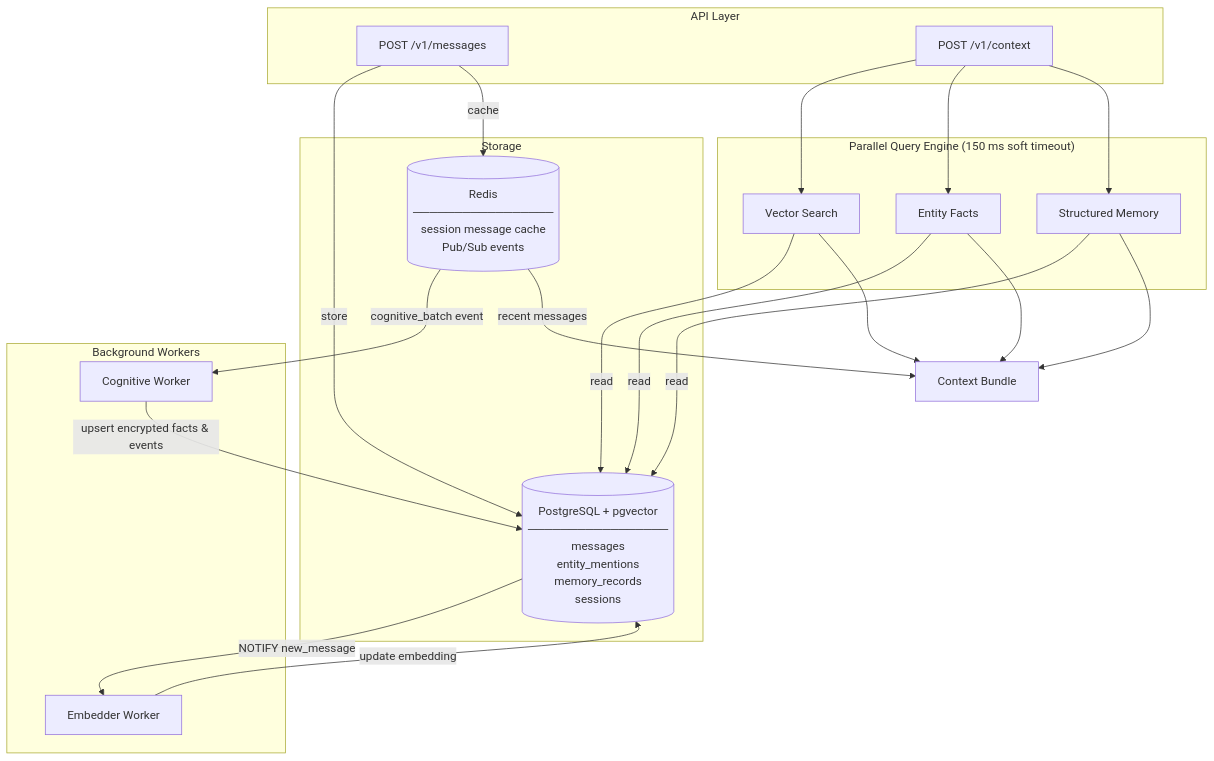
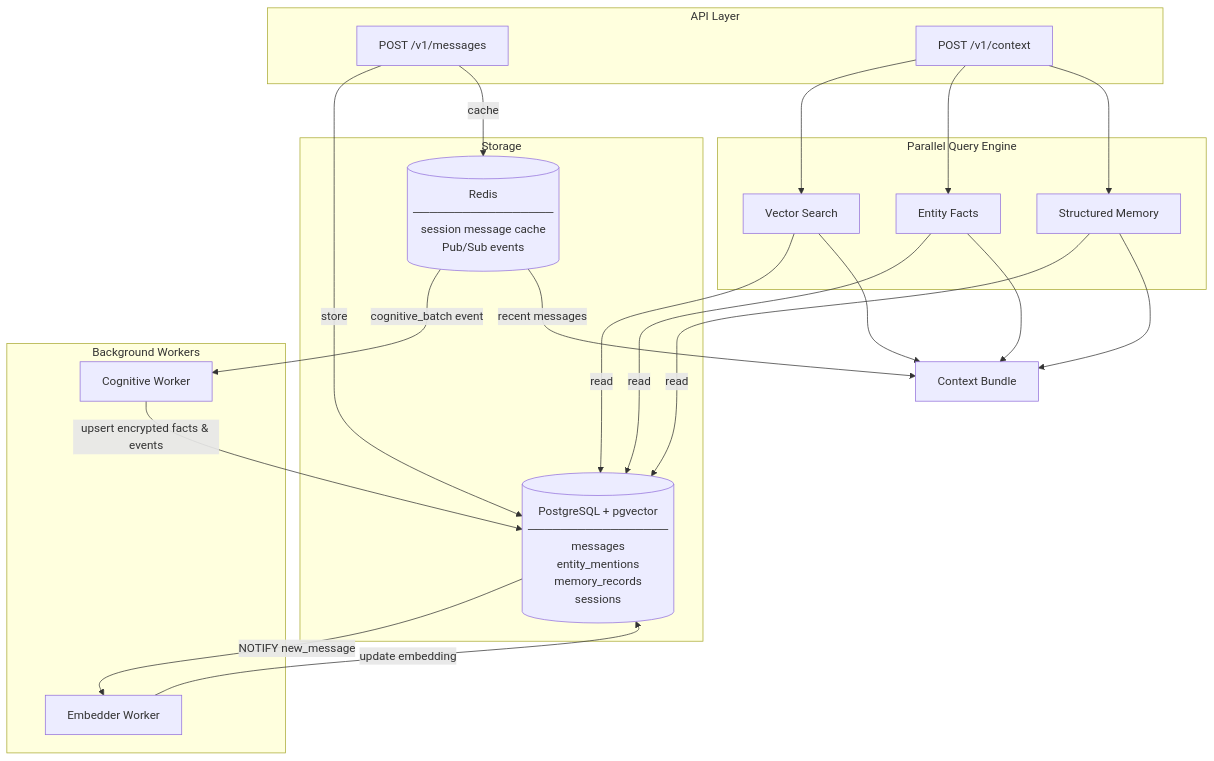
The first of 3 diagrams in README.md (ngoctuhan/Cortexa), drawn with Mermaid before and after one commit. The commit also changed other lines of this file, not shown here.

````diff
--- a/README.md
+++ b/README.md
@@ -47,37 +46,37 @@
 ```mermaid
 graph TB
     subgraph API["API Layer"]
         EP1["POST /v1/messages"]
         EP2["POST /v1/context"]
     end
 
     subgraph Storage["Storage"]
         PG[("PostgreSQL + pgvector\n─────────────────\nmessages\nentity_mentions\nmemory_records\nsessions")]
         RD[("Redis\n─────────────────\nsession message cache\nPub/Sub events")]
     end
 
     subgraph Workers["Background Workers"]
         EMB["Embedder Worker"]
         COG["Cognitive Worker"]
     end
 
-    subgraph Retrieval["Parallel Query Engine  (150 ms soft timeout)"]
+    subgraph Retrieval["Parallel Query Engine"]
         VS["Vector Search"]
         EF["Entity Facts"]
         MR["Structured Memory"]
     end
 
     Bundle["Context Bundle"]
 
     EP1 -->|store| PG
     EP1 -->|cache| RD
     PG -->|NOTIFY new_message| EMB
     EMB -->|update embedding| PG
     RD -->|cognitive_batch event| COG
     COG -->|upsert encrypted facts & events| PG
 
     EP2 --> VS & EF & MR
     VS & EF & MR -->|read| PG
     RD -->|recent messages| Bundle
     VS & EF & MR --> Bundle
 ```
````
